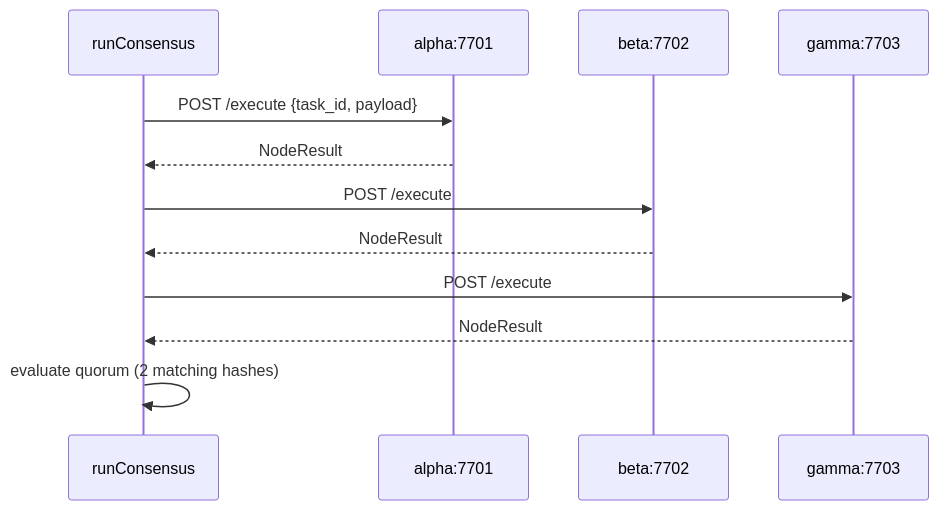
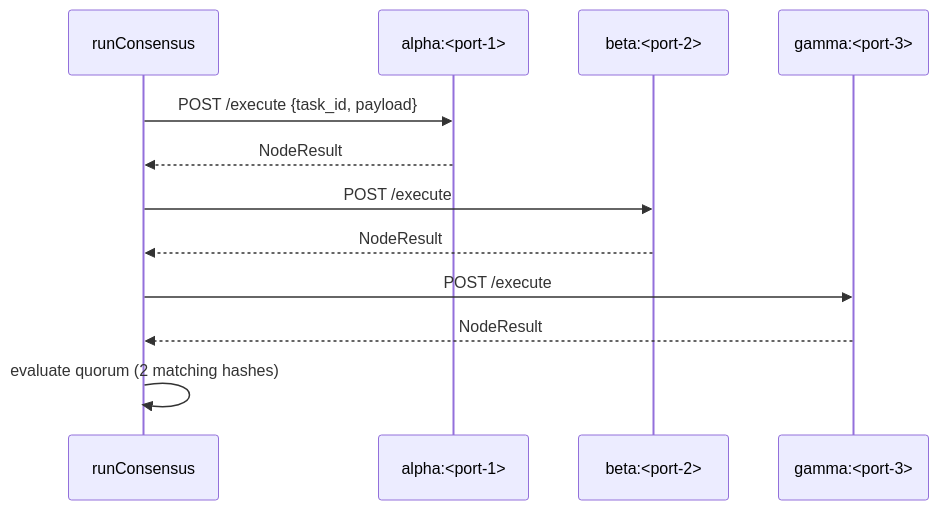
One commit to veyanet/veya-sdk changed the second of 4 diagrams in docs/sdk/decentralized-compute.md. Above: the diagram before and after it, drawn with Mermaid. The commit also changed other lines of this file, not shown here.

````diff
--- a/docs/sdk/decentralized-compute.md
+++ b/docs/sdk/decentralized-compute.md
@@ -120,15 +118,15 @@
 ```mermaid
 sequenceDiagram
     participant SDK as runConsensus
-    participant A as alpha:7701
-    participant B as beta:7702
-    participant G as gamma:7703
+    participant A as alpha:<port-1>
+    participant B as beta:<port-2>
+    participant G as gamma:<port-3>
 
     SDK->>A: POST /execute {task_id, payload}
     A-->>SDK: NodeResult
     SDK->>B: POST /execute
     B-->>SDK: NodeResult
     SDK->>G: POST /execute
     G-->>SDK: NodeResult
     SDK->>SDK: evaluate quorum (2 matching hashes)
 ```
````
